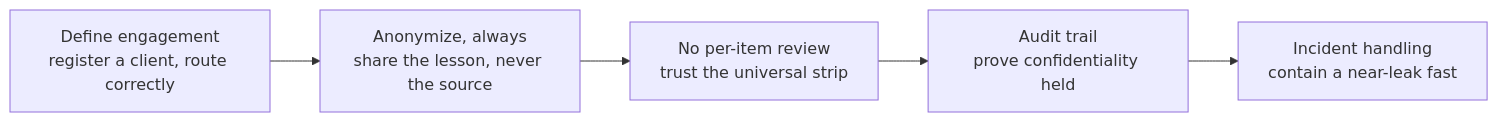
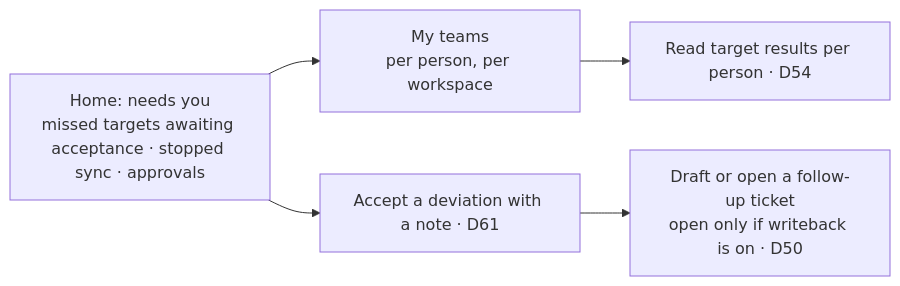
The fourth of 10 diagrams in docs/journeys/dojo.md (sensei-hq/sensei), drawn with Mermaid before and after one commit. The commit also changed other lines of this file and 49 other files, not shown here.

````diff
--- a/docs/journeys/dojo.md
+++ b/docs/journeys/dojo.md
@@ -71,6 +129,7 @@
 ```mermaid
 flowchart LR
-    l1[Define engagement<br/>register a client, route correctly] --> l2[Anonymize, always<br/>share the lesson, never the source]
-    l2 --> l3[No per-item review<br/>trust the universal strip] --> l4[Audit trail<br/>prove confidentiality held]
-    l4 --> l5[Incident handling<br/>contain a near-leak fast]
+    l1[Home: needs you<br/>missed targets awaiting acceptance · stopped sync · approvals] --> l2[My teams<br/>per person, per workspace]
+    l2 --> l3[Read target results per person · D54]
+    l1 --> l4[Accept a deviation with a note · D61]
+    l4 --> l5[Draft or open a follow-up ticket<br/>open only if writeback is on · D50]
 ```
````
